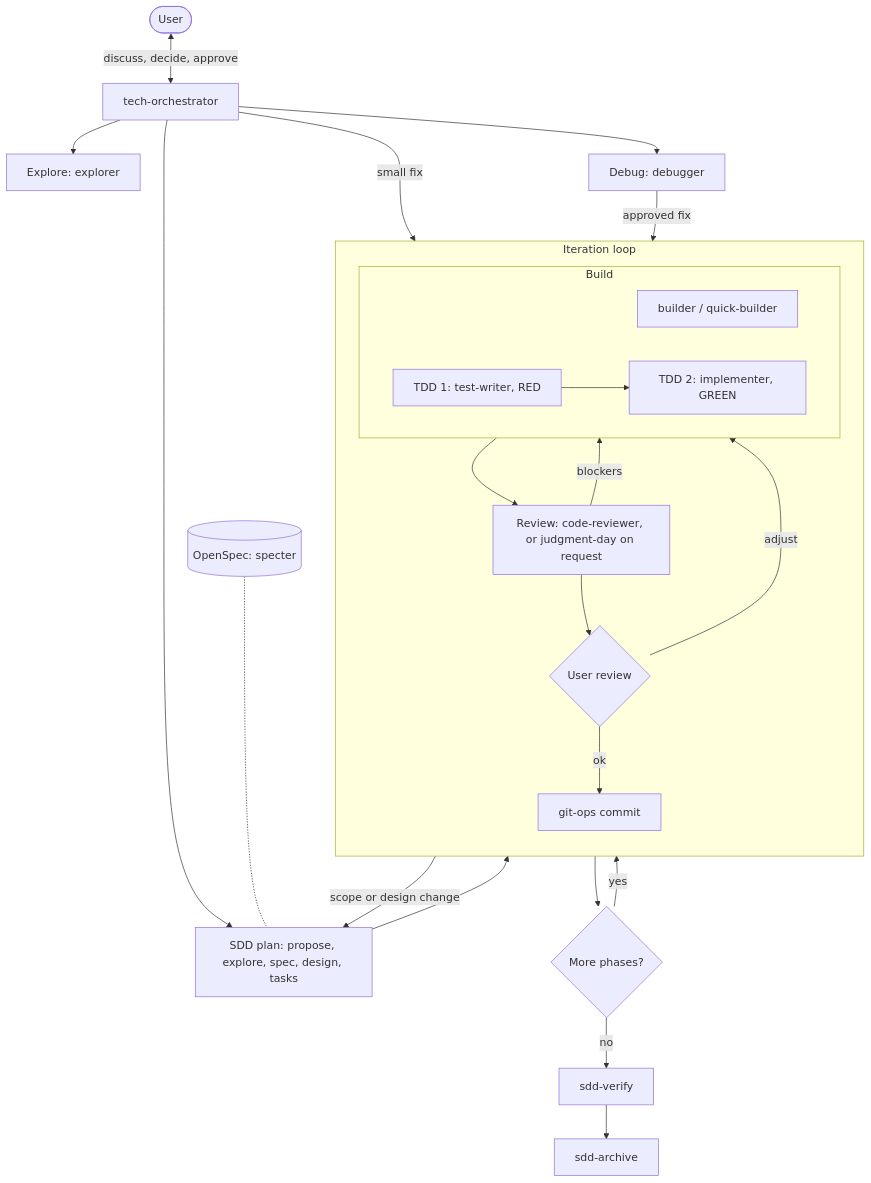
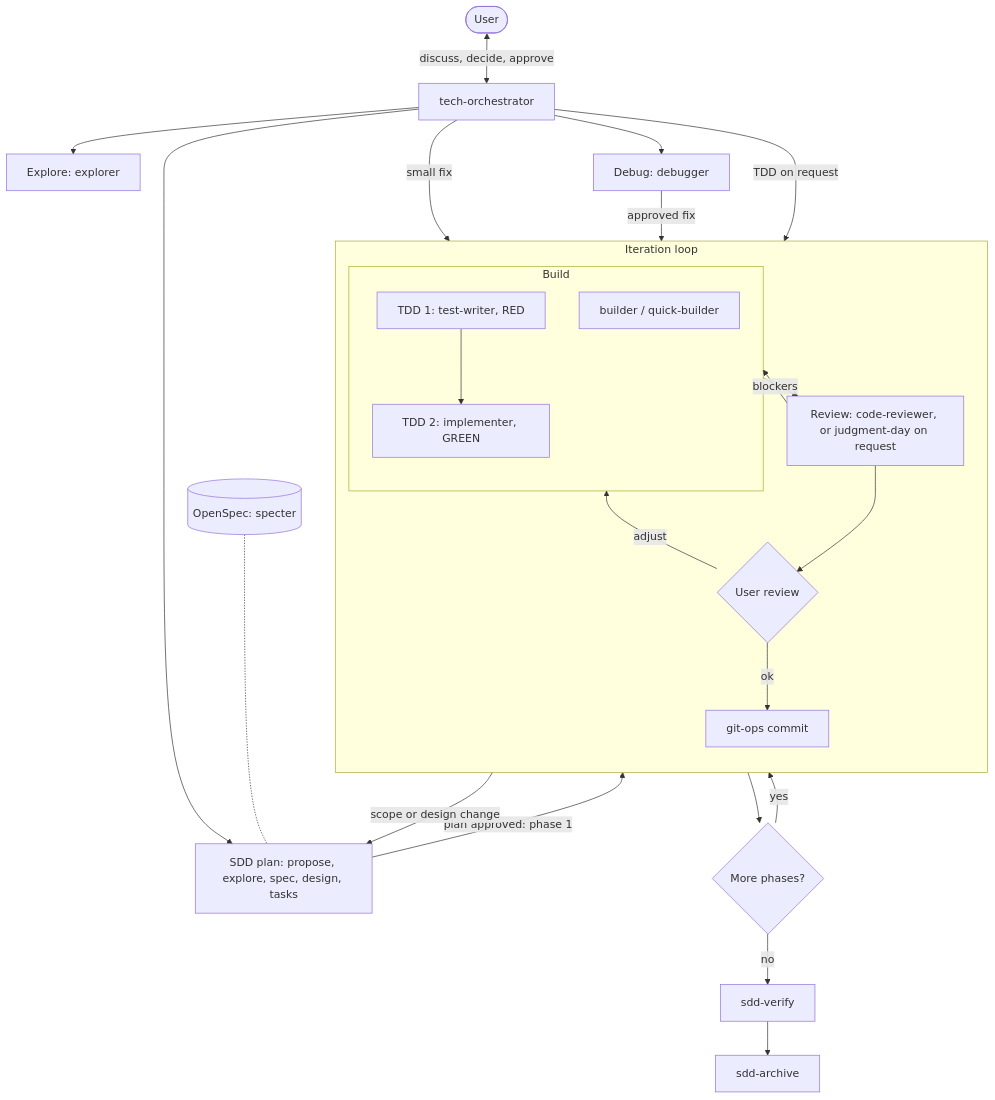
One commit to Andr3xDev/nuytek-harness changed the diagram in README.md. Above: the diagram before and after it, drawn with Mermaid.

Commit message:
docs(readme): route diagram entry edges to builder and tdd

````diff
--- a/README.md
+++ b/README.md
@@ -32,30 +32,31 @@
 ```mermaid
 flowchart TD
     U([User]) <-->|discuss, decide, approve| O[tech-orchestrator]
     O --> EX["Explore: explorer"]
     O --> DB["Debug: debugger"]
     O --> SDD["SDD plan: propose, explore, spec, design, tasks"]
     SPEC[("OpenSpec: specter")] -.- SDD
-    O -->|small fix| BUILD
-    DB -->|approved fix| BUILD
-    SDD --> BUILD
+    O -->|small fix| BLD
+    DB -->|approved fix| BLD
+    SDD -->|plan approved: phase 1| RED
+    O -->|TDD on request| RED
 
     subgraph LOOP[Iteration loop]
         direction TD
         subgraph BUILD[Build]
             BLD[builder / quick-builder]
             RED["TDD 1: test-writer, RED"] --> GREEN["TDD 2: implementer, GREEN"]
         end
         BUILD --> REV["Review: code-reviewer, or judgment-day on request"]
         REV -->|blockers| BUILD
         REV --> CHK{User review}
         CHK -->|adjust| BUILD
         CHK -->|ok| GIT[git-ops commit]
     end
 
     CHK -->|scope or design change| SDD
     GIT --> NEXT{More phases?}
     NEXT -->|yes| BUILD
     NEXT -->|no| VER[sdd-verify]
     VER --> ARC[sdd-archive]
 ```
````
